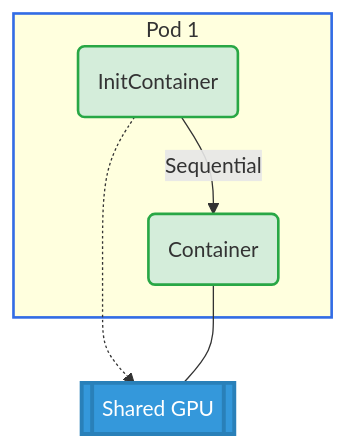
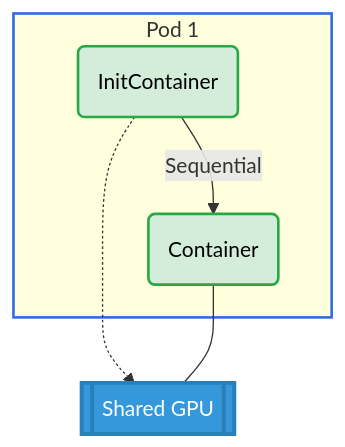
Before and after one commit to kubernetes-sigs/dra-example-driver: the diagram in demo/examples/initcontainer-shared-gpu/README.md, drawn with Mermaid. The commit also changed 10 other files, not shown here.

````diff
--- a/demo/examples/initcontainer-shared-gpu/README.md
+++ b/demo/examples/initcontainer-shared-gpu/README.md
@@ -11,16 +11,16 @@
 ```mermaid
 graph TD
     subgraph Pod1 [Pod 1]
         I1(InitContainer) 
         C1(Container)
         I1 -->|Sequential| C1
     end
     G1[[Shared GPU]]
     I1 -.-> G1
     C1 --- G1
 
     style Pod1 stroke:#326ce5,stroke-width:2px
-    style I1 fill:#d4edda,stroke:#28a745,stroke-width:2px
-    style C1 fill:#d4edda,stroke:#28a745,stroke-width:2px
+    style I1 fill:#d4edda,color:#000,stroke:#28a745,stroke-width:2px
+    style C1 fill:#d4edda,color:#000,stroke:#28a745,stroke-width:2px
     style G1 fill:#3498db,color:#fff,stroke:#2980b9,stroke-width:3px
 ```
````
